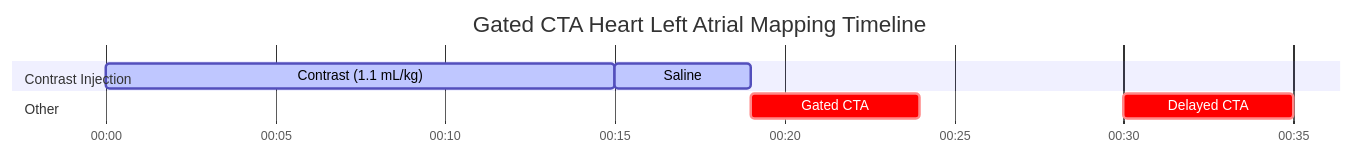
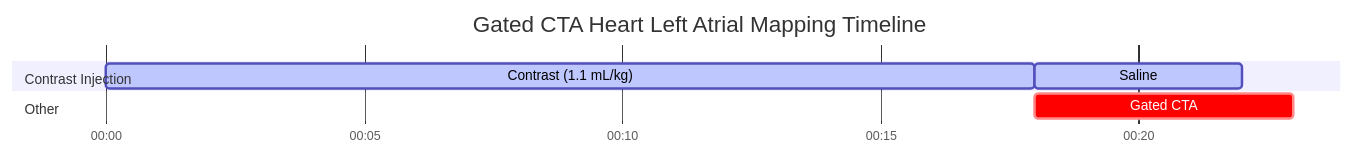
One commit to dfergs93/radiology-protocols changed the diagram in docs/ct/cardiac/gated-cta-heart-left-atrial-mapping.md. Above: the diagram before and after it, drawn with Mermaid. The commit also changed other lines of this file and 85 other files, not shown here.

Commit message:
Regenerate protocol markdown files with acquisition-diagram placeholder

````diff
--- a/docs/ct/cardiac/gated-cta-heart-left-atrial-mapping.md
+++ b/docs/ct/cardiac/gated-cta-heart-left-atrial-mapping.md
@@ -87,19 +85,18 @@
   ```mermaid
   ---
   displayMode: compact
   config:
     theme: default
     themeCSS: " #Saline{ fill: #4ed5ff; stroke: #2094f3; } "
   ---
     gantt
       title Gated CTA Heart Left Atrial Mapping Timeline
       dateFormat mm:ss
       axisFormat %M:%S 
       
       section Contrast Injection
-      Contrast (1.1 mL/kg)    :active, contrast, 00:00, 15s
+      Contrast (1.1 mL/kg)    :active, contrast, 00:00, 18s
       Saline          :active, saline, after contrast, 4s
       section Other
-      Gated CTA    :crit, scan1, after saline, 5s
-      Delayed CTA    :crit, scan2, 00:30, 5s
+      Gated CTA    :crit, scan1, after contrast, 5s
   ```
````
